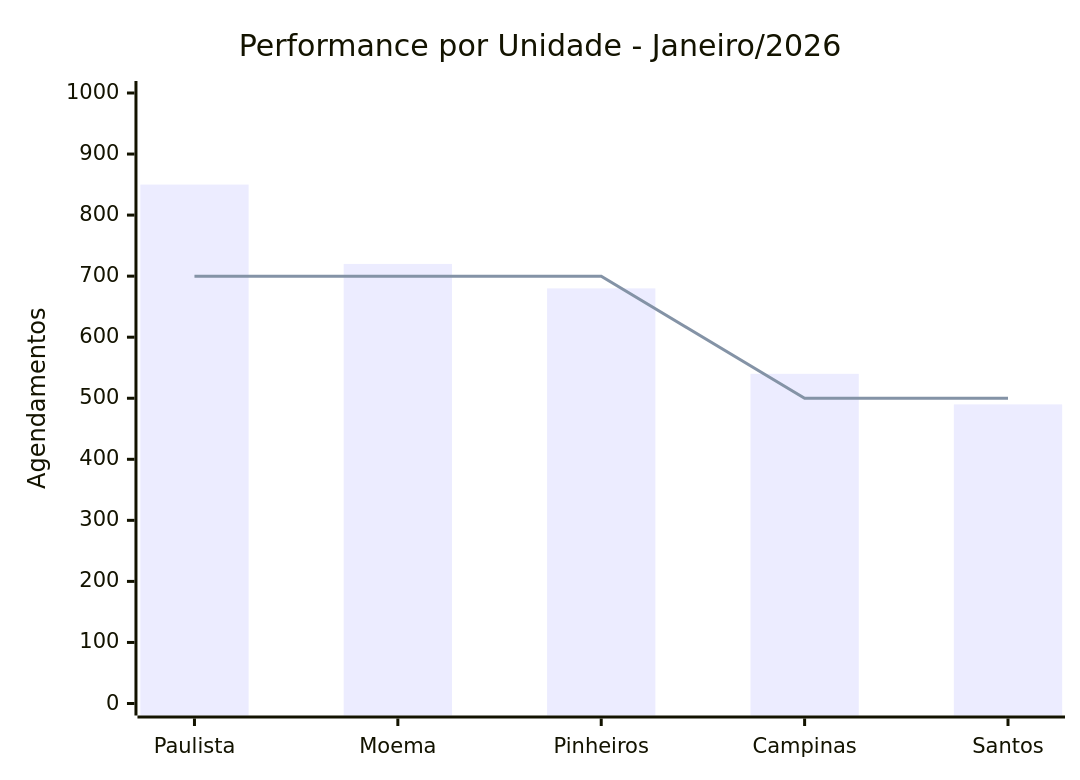
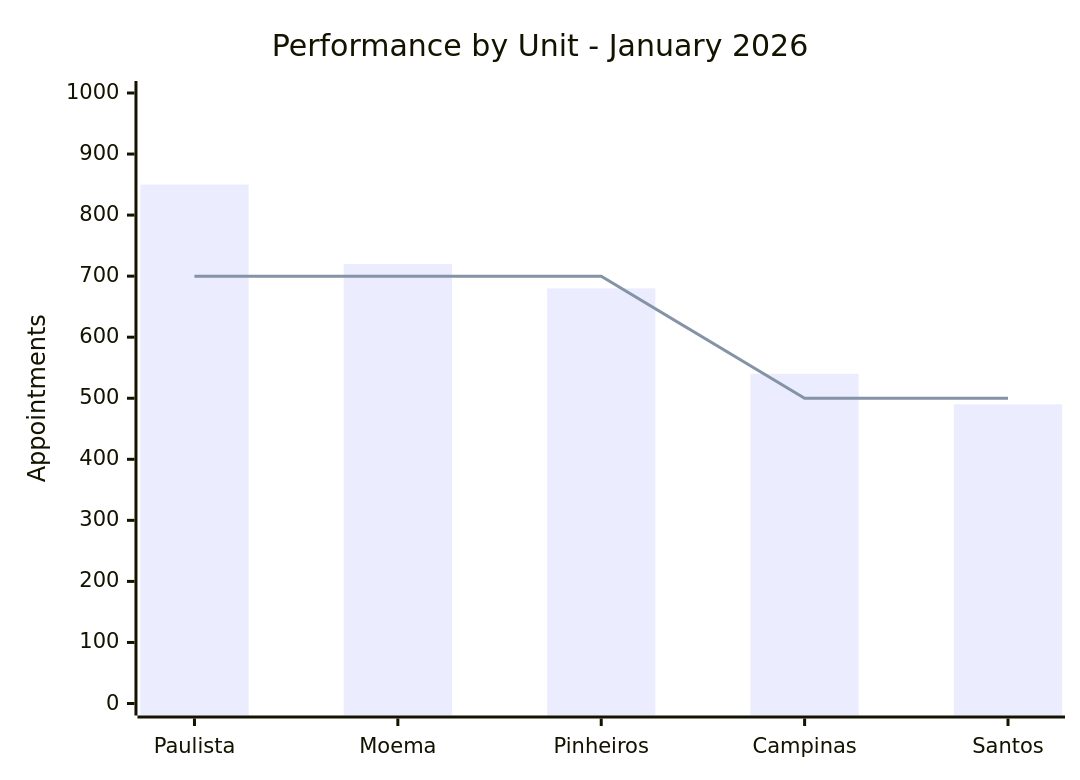
Diagram 12 of 15 in docs/BUSINESS_SCENARIOS.md (RenanLisboa8/n8n-clinic-multiagent), drawn with Mermaid before and after one commit. The commit also changed other lines of this file and 4 other files, not shown here.

First line of the commit message:
Update documentation and diagrams for improved clarity and accessibility

````diff
--- a/docs/BUSINESS_SCENARIOS.md
+++ b/docs/BUSINESS_SCENARIOS.md
@@ -496,8 +496,8 @@
 ```mermaid
 xychart-beta
-    title "Performance por Unidade - Janeiro/2026"
+    title "Performance by Unit - January 2026"
     x-axis ["Paulista", "Moema", "Pinheiros", "Campinas", "Santos"]
-    y-axis "Agendamentos" 0 --> 1000
-    bar "Agendamentos" [850, 720, 680, 540, 490]
-    line "Meta" [700, 700, 700, 500, 500]
+    y-axis "Appointments" 0 --> 1000
+    bar "Appointments" [850, 720, 680, 540, 490]
+    line "Target" [700, 700, 700, 500, 500]
 ```
````
